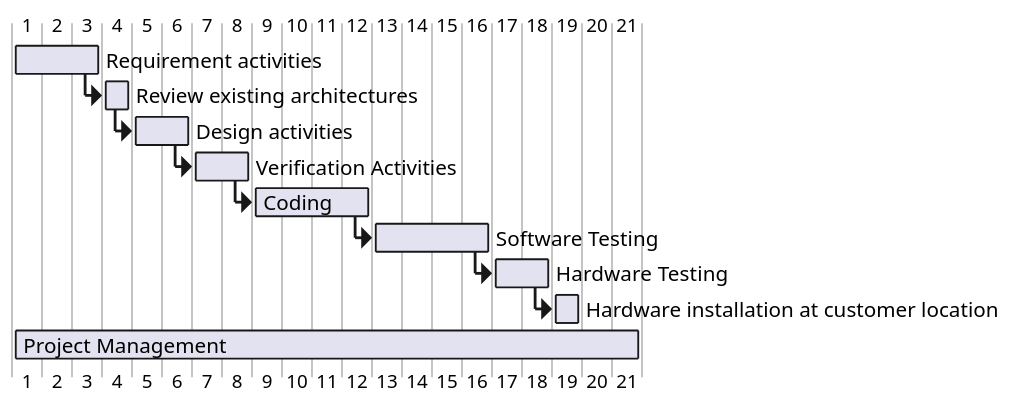
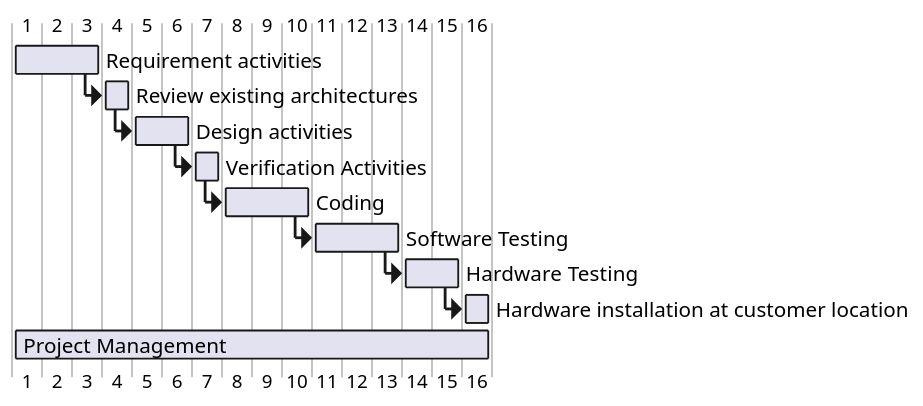
Before and after one commit to paolotron/EzshoProject31: the diagram in Deliverables/Estimation.md, drawn with PlantUML. The commit also changed other lines of this file, not shown here.

````diff
--- a/Deliverables/Estimation.md
+++ b/Deliverables/Estimation.md
@@ -46,14 +39,14 @@
 ``` plantuml
 @startgantt
 scale 1.5
 [Requirement activities] lasts 3 days 
 then [Review existing architectures] lasts 1 days 
 then [Design activities] lasts 2 days
-then [Verification Activities] lasts 2 days
-then [Coding] lasts 4 days
-then [Software Testing] lasts 4 days
+then [Verification Activities] lasts 1 days
+then [Coding] lasts 3 days
+then [Software Testing] lasts 3 days
 then [Hardware Testing] lasts 2 days
 then [Hardware installation at customer location] lasts 1 days
-[Project Management] lasts 21 days
+[Project Management] lasts 16 days
 @endgantt
 ```
````
